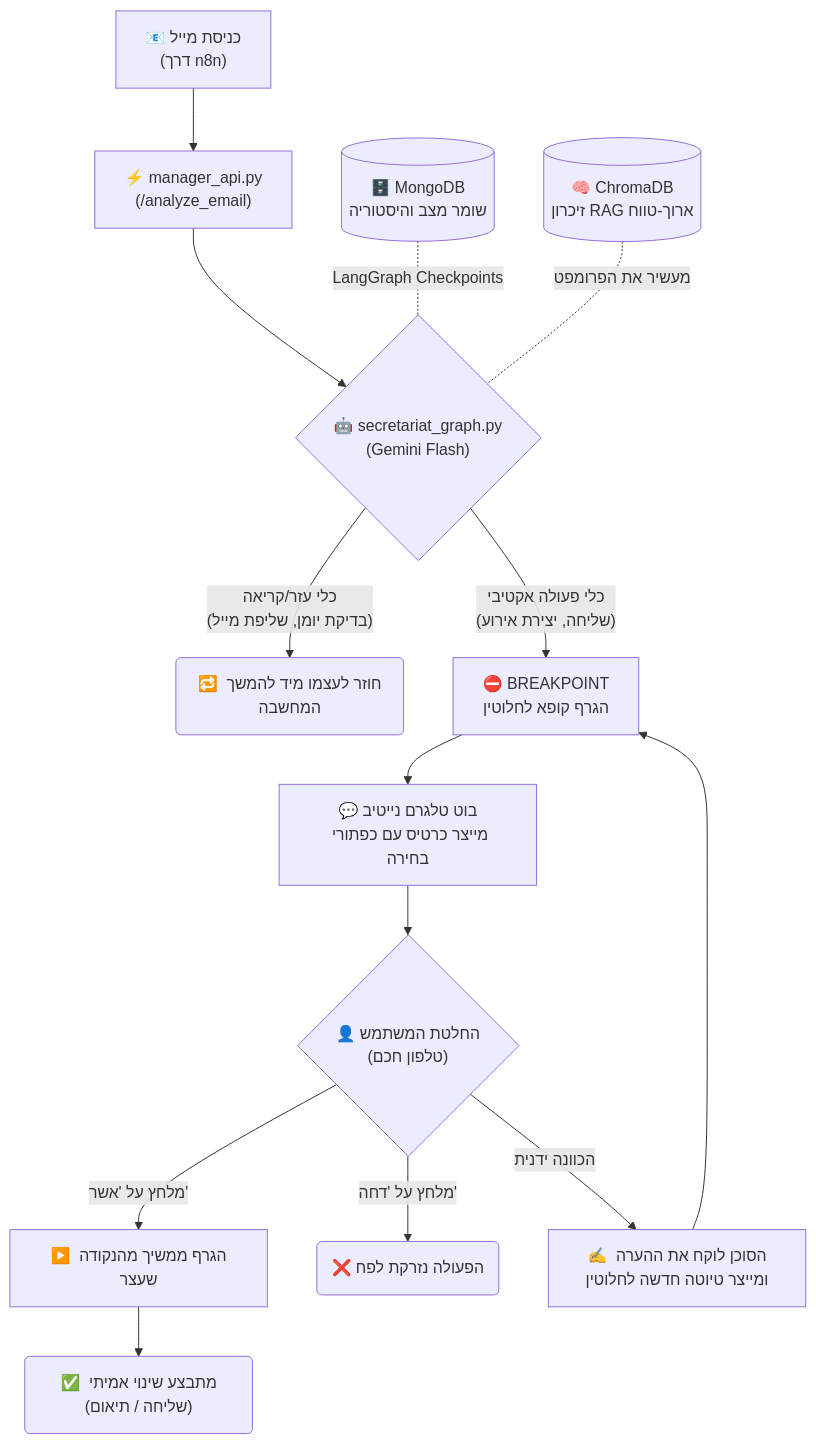
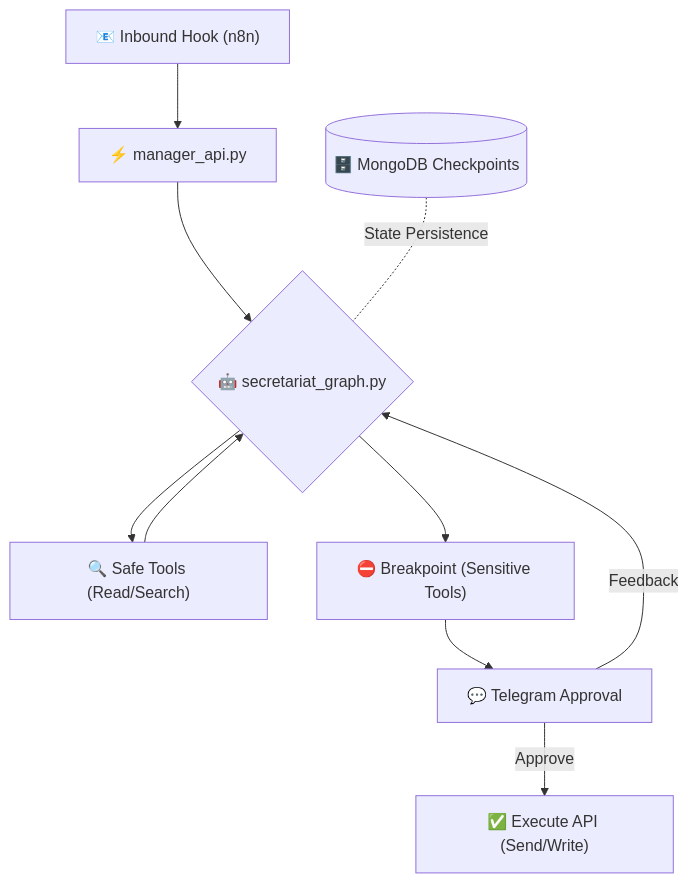
Before and after one commit to GolanLevi/myOS: the diagram in README_HE.md, drawn with Mermaid. The commit also changed other lines of this file and 1 other file, not shown here.

Commit message:
docs: pivot README tone to professional software engineering and architecture approach

````diff
--- a/README_HE.md
+++ b/README_HE.md
@@ -75,23 +70,12 @@
 ```mermaid
 graph TD
-    A["📧 כניסת מייל\n(דרך n8n)"] --> B["⚡ manager_api.py\n(/analyze_email)"]
-    B --> C{"🤖 secretariat_graph.py\n(Gemini Flash)"}
-    
-    C -->|"כלי עזר/קריאה\n(בדיקת יומן, שליפת מייל)"| D("🔁 חוזר לעצמו מיד להמשך המחשבה")
-    
-    C -->|"כלי פעולה אקטיבי\n(שליחה, יצירת אירוע)"| E["⛔ BREAKPOINT\nהגרף קופא לחלוטין"]
-    
-    E --> F["💬 בוט טלגרם נייטיב\nמייצר כרטיס עם כפתורי בחירה"]
-    
-    F --> G{"👤 החלטת המשתמש\n(טלפון חכם)"}
-    
-    G -->|"מלחץ על 'אשר'"| H["▶️ הגרף ממשיך מהנקודה שעצר"]
-    G -->|"מלחץ על 'דחה'"| I("❌ הפעולה נזרקת לפח")
-    G -->|"הכוונה ידנית"| J["✍️ הסוכן לוקח את ההערה ומייצר טיוטה חדשה לחלוטין"]
-    
-    H --> K("✅ מתבצע שינוי אמיתי (שליחה / תיאום)")
-    J --> E
-    
-    M[("🗄️ MongoDB\nשומר מצב והיסטוריה")] -. "LangGraph Checkpoints" .- C
-    N[("🧠 ChromaDB\nזיכרון RAG ארוך-טווח")] -. "מעשיר את הפרומפט" .- C
+    A["📧 Inbound Hook (n8n)"] --> B["⚡ manager_api.py"]
+    B --> C{"🤖 secretariat_graph.py"}
+    C --> D["🔍 Safe Tools (Read/Search)"]
+    D --> C
+    C --> E["⛔ Breakpoint (Sensitive Tools)"]
+    E --> F["💬 Telegram Approval"]
+    F -- "Approve" --> G["✅ Execute API (Send/Write)"]
+    F -- "Feedback" --> C
+    M[("🗄️ MongoDB Checkpoints")] -. "State Persistence" .- C
 ```
````
